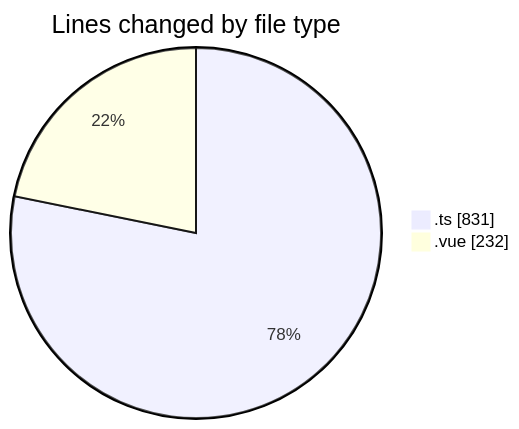
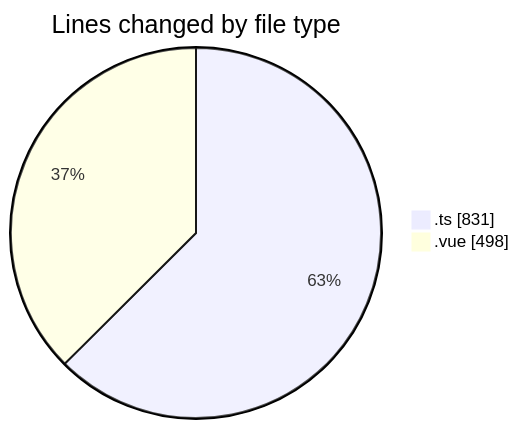
Before and after one commit to robertbonfada/code-tracking: the first of 2 diagrams in 2025-03-13/lumine-web/README.md, drawn with Mermaid. The commit also changed other lines of this file and 1 other file, not shown here.

````diff
--- a/2025-03-13/lumine-web/README.md
+++ b/2025-03-13/lumine-web/README.md
@@ -23,6 +24,6 @@
 ```mermaid
 pie showData
 title Lines changed by file type
 ".ts" : 831
-".vue" : 232
+".vue" : 498
 ```
````
